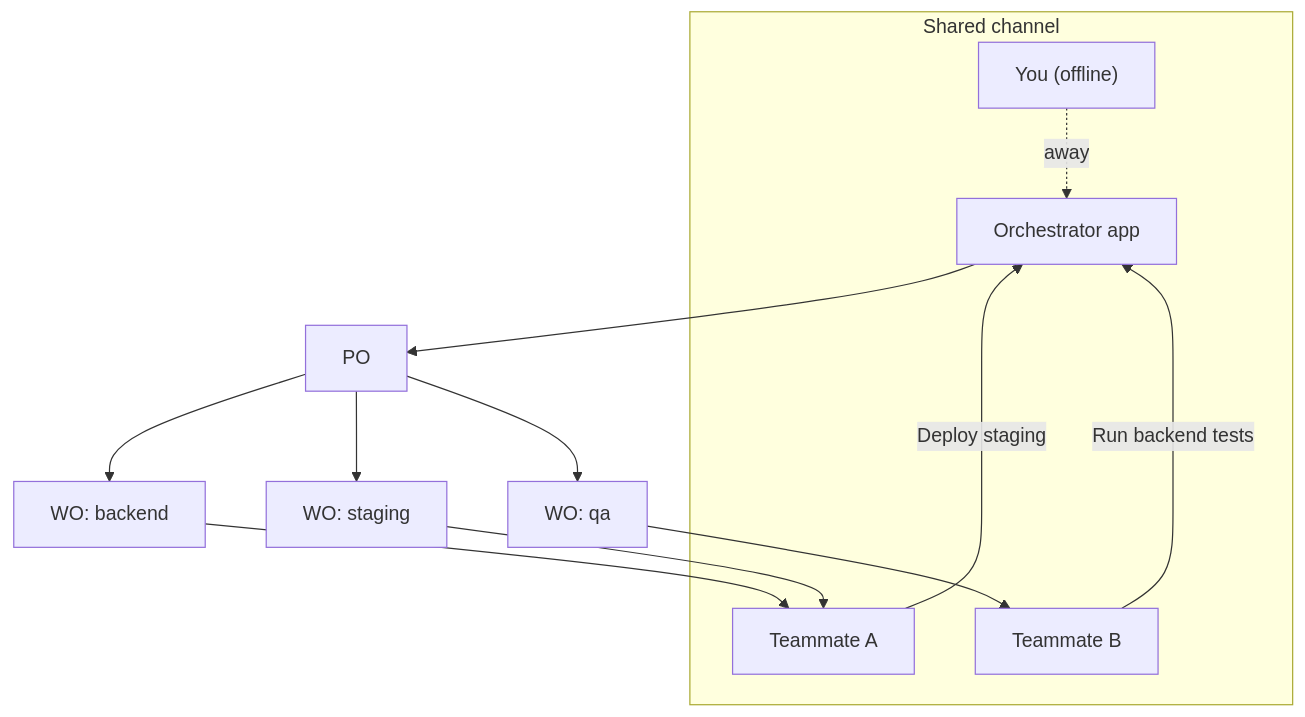
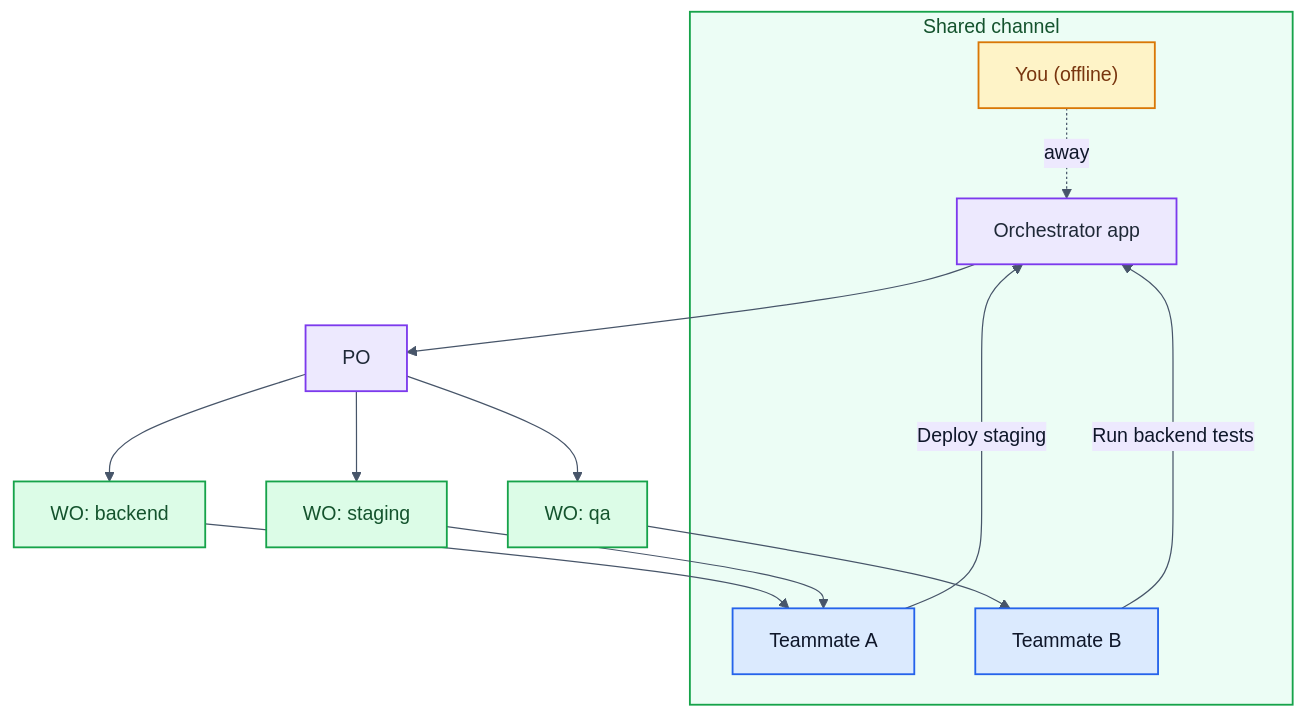
One commit to matteblack9/coding-agent-fabric changed the fourth of 12 diagrams in README.md. Above: the diagram before and after it, drawn with Mermaid. The commit also changed other lines of this file, not shown here.

Commit message:
docs: colorize README mermaid diagrams

````diff
--- a/README.md
+++ b/README.md
@@ -143,22 +178,33 @@
 ```mermaid
+%%{init: {"theme":"base","themeVariables":{"primaryColor":"#E6F1FB","primaryTextColor":"#0F172A","primaryBorderColor":"#185FA5","secondaryColor":"#EDE9FE","secondaryTextColor":"#1F2937","secondaryBorderColor":"#7C3AED","tertiaryColor":"#ECFDF5","tertiaryTextColor":"#14532D","tertiaryBorderColor":"#16A34A","lineColor":"#475569","clusterBkg":"#F8FAFC","clusterBorder":"#94A3B8","noteBkgColor":"#FEF3C7","noteTextColor":"#78350F","noteBorderColor":"#D97706","activationBkgColor":"#DBEAFE","activationBorderColor":"#2563EB","sequenceNumberColor":"#0F172A"}}}%%
 flowchart TB
     subgraph SLACK["Shared channel"]
         APP["Orchestrator app"]
         T1["Teammate A"]
         T2["Teammate B"]
         Y["You (offline)"]
     end
 
     T1 -->|"Deploy staging"| APP
     T2 -->|"Run backend tests"| APP
     Y -.->|"away"| APP
 
     APP --> PO["PO"]
     PO --> W1["WO: backend"]
     PO --> W2["WO: staging"]
     PO --> W3["WO: qa"]
 
     W1 --> T1
     W2 --> T1
     W3 --> T2
+
+    classDef app fill:#EDE9FE,stroke:#7C3AED,color:#1F2937,stroke-width:1.5px
+    classDef human fill:#DBEAFE,stroke:#2563EB,color:#0F172A,stroke-width:1.5px
+    classDef away fill:#FEF3C7,stroke:#D97706,color:#78350F,stroke-width:1.5px
+    classDef worker fill:#DCFCE7,stroke:#16A34A,color:#14532D,stroke-width:1.5px
+    style SLACK fill:#ECFDF5,stroke:#16A34A,stroke-width:1.5px,color:#14532D
+    class APP,PO app
+    class T1,T2 human
+    class Y away
+    class W1,W2,W3 worker
 ```
````
